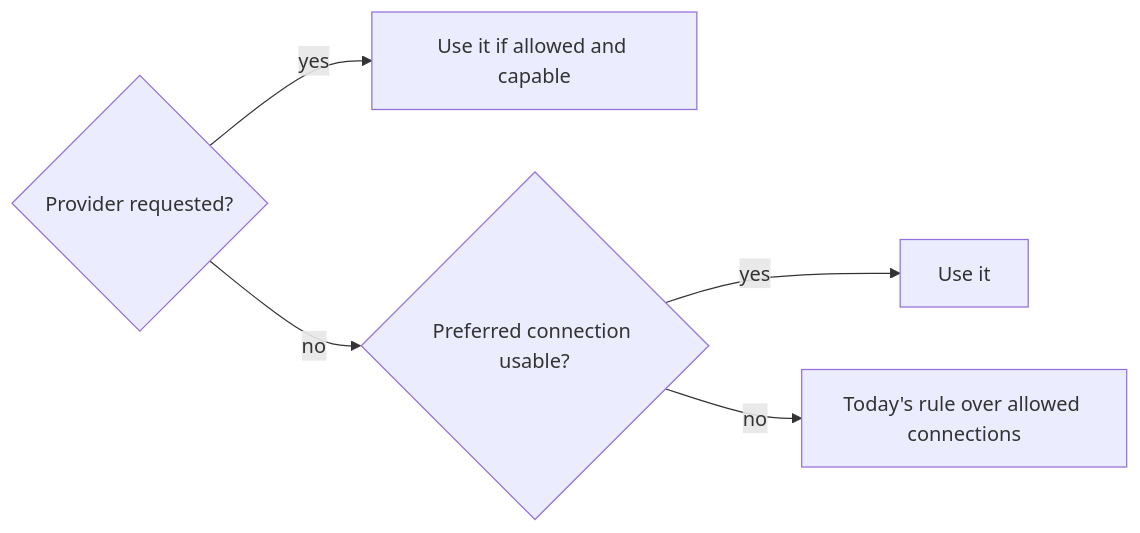
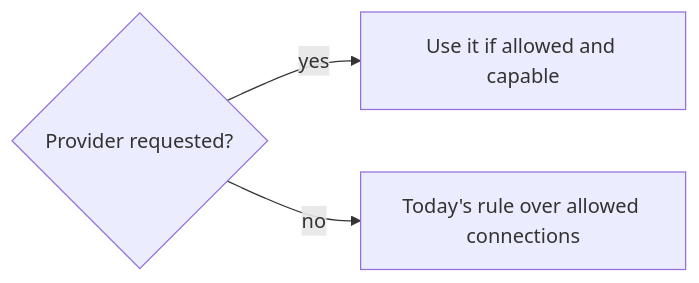
The fourth of 5 diagrams in docs/design/2026-10-28-billing-entities-p2-erd.md (flexprice/flexprice), drawn with Mermaid before and after one commit. The commit also changed other lines of this file, not shown here.

Commit message:
docs(billing-entities): ERD owner column, no customer preference

````diff
--- a/docs/design/2026-10-28-billing-entities-p2-erd.md
+++ b/docs/design/2026-10-28-billing-entities-p2-erd.md
@@ -364,7 +316,5 @@
 ```mermaid
 flowchart LR
   R{Provider requested?} -- yes --> RQ[Use it if allowed and capable]
-  R -- no --> P{Preferred connection usable?}
-  P -- yes --> PC[Use it]
-  P -- no --> T[Today's rule over allowed connections]
+  R -- no --> T[Today's rule over allowed connections]
 ```
````
